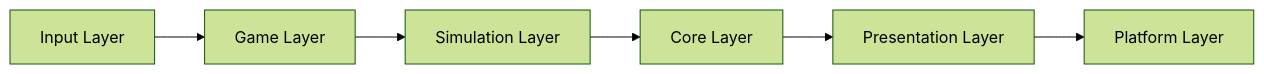
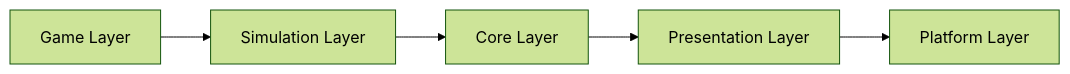
Before and after one commit to DuarT3ZiiN/Game_Idea-: the diagram in README.md, drawn with Mermaid (forest theme). The commit also changed other lines of this file, not shown here.

````diff
--- a/README.md
+++ b/README.md
@@ -15,18 +15,15 @@
 ```mermaid
 graph LR
 
-Input[Input Layer]
-    --> Game[Game Layer]
-
-Game
+Game[Game Layer]
     --> Simulation[Simulation Layer]
 
 Simulation
     --> Core[Core Layer]
 
 Core
     --> Presentation[Presentation Layer]
 
 Presentation
     --> Platform[Platform Layer]
 ```
````
